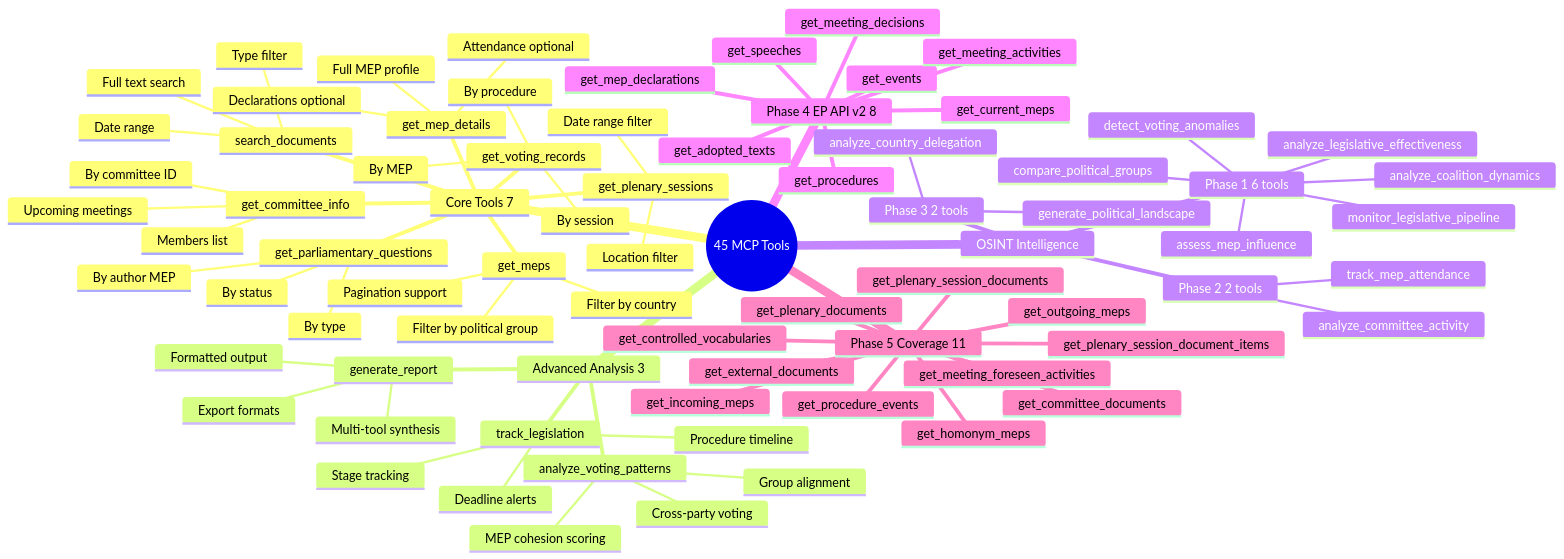
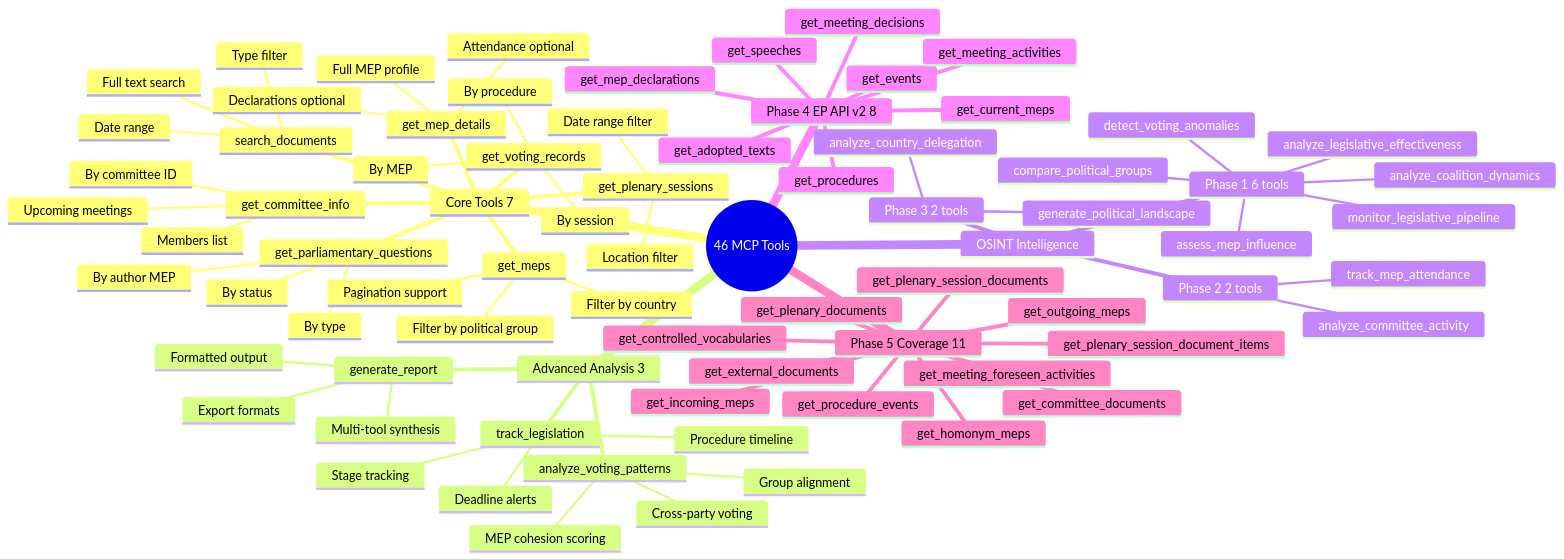
One commit to Hack23/European-Parliament-MCP-Server changed the third of 5 diagrams in MINDMAP.md. Above: the diagram before and after it, drawn with Mermaid. The commit also changed other lines of this file and 36 other files, not shown here.

````diff
--- a/MINDMAP.md
+++ b/MINDMAP.md
@@ -225,80 +225,80 @@
 ```mermaid
 mindmap
-  root((45 MCP Tools))
+  root((46 MCP Tools))
     Core Tools 7
       get_meps
         Filter by country
         Filter by political group
         Pagination support
       get_mep_details
         Full MEP profile
         Declarations optional
         Attendance optional
       get_plenary_sessions
         Date range filter
         Location filter
       get_voting_records
         By procedure
         By session
         By MEP
       search_documents
         Full text search
         Type filter
         Date range
       get_committee_info
         By committee ID
         Members list
         Upcoming meetings
       get_parliamentary_questions
         By author MEP
         By type
         By status
     Advanced Analysis 3
       analyze_voting_patterns
         MEP cohesion scoring
         Group alignment
         Cross-party voting
       track_legislation
         Procedure timeline
         Stage tracking
         Deadline alerts
       generate_report
         Multi-tool synthesis
         Formatted output
         Export formats
     OSINT Intelligence
       Phase 1 6 tools
         assess_mep_influence
         analyze_coalition_dynamics
         detect_voting_anomalies
         compare_political_groups
         analyze_legislative_effectiveness
         monitor_legislative_pipeline
       Phase 2 2 tools
         analyze_committee_activity
         track_mep_attendance
       Phase 3 2 tools
         analyze_country_delegation
         generate_political_landscape
     Phase 4 EP API v2 8
       get_current_meps
       get_speeches
       get_procedures
       get_adopted_texts
       get_events
       get_meeting_activities
       get_meeting_decisions
       get_mep_declarations
     Phase 5 Coverage 11
       get_incoming_meps
       get_outgoing_meps
       get_homonym_meps
       get_plenary_documents
       get_committee_documents
       get_plenary_session_documents
       get_plenary_session_document_items
       get_controlled_vocabularies
       get_external_documents
       get_meeting_foreseen_activities
       get_procedure_events
 ```
````
